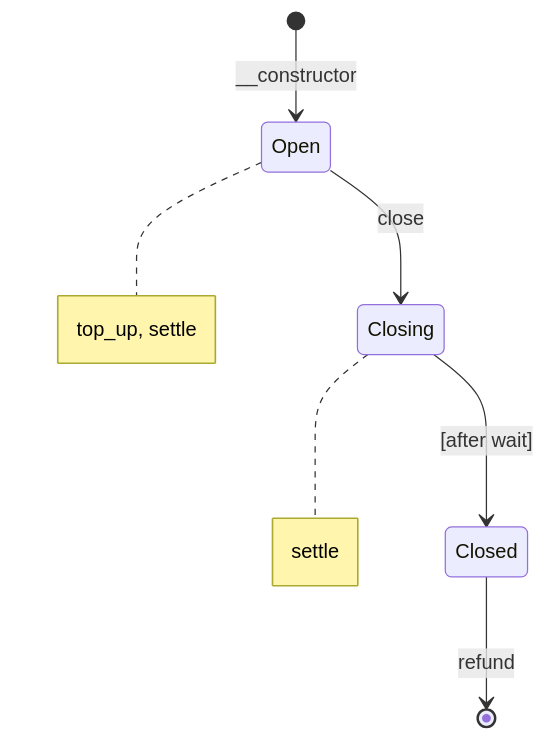
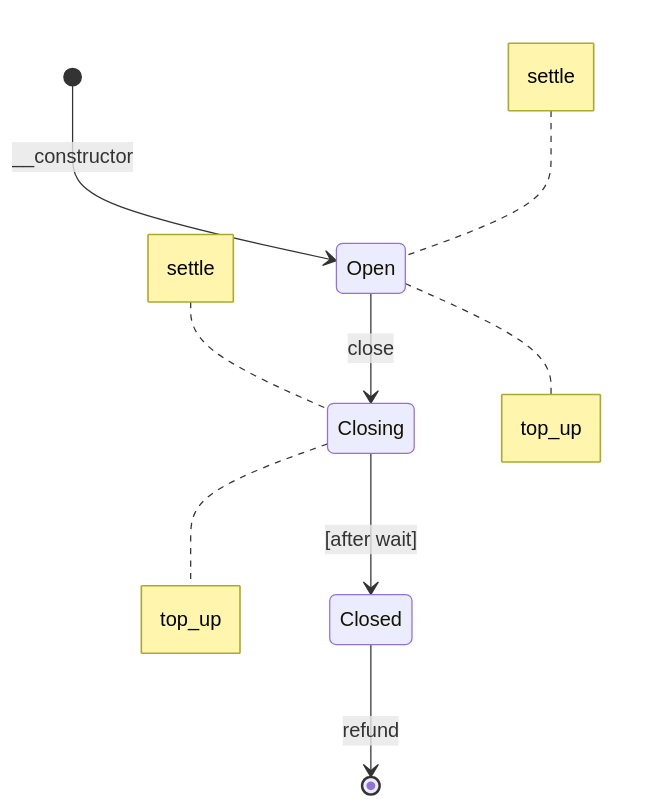
The diagram in README.md (stellar-experimental/one-way-channel), drawn with Mermaid before and after one commit.

Commit message:
split state diagram notes onto left and right sides

````diff
--- a/README.md
+++ b/README.md
@@ -26,17 +26,23 @@
 ```mermaid
 stateDiagram-v2
     [*] --> Open: __constructor
 
     Open --> Closing: close
 
     Closing --> Closed: [after wait]
 
     Closed --> [*]: refund
 
     note right of Open
-        top_up, settle
+        top_up
+    end note
+    note left of Open
+        settle
     end note
     note right of Closing
+        top_up
+    end note
+    note left of Closing
         settle
     end note
 ```
````
